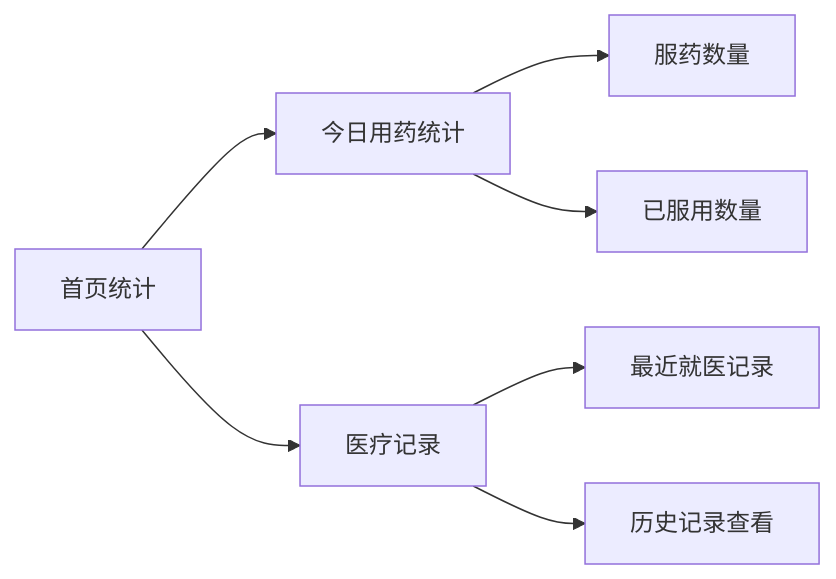
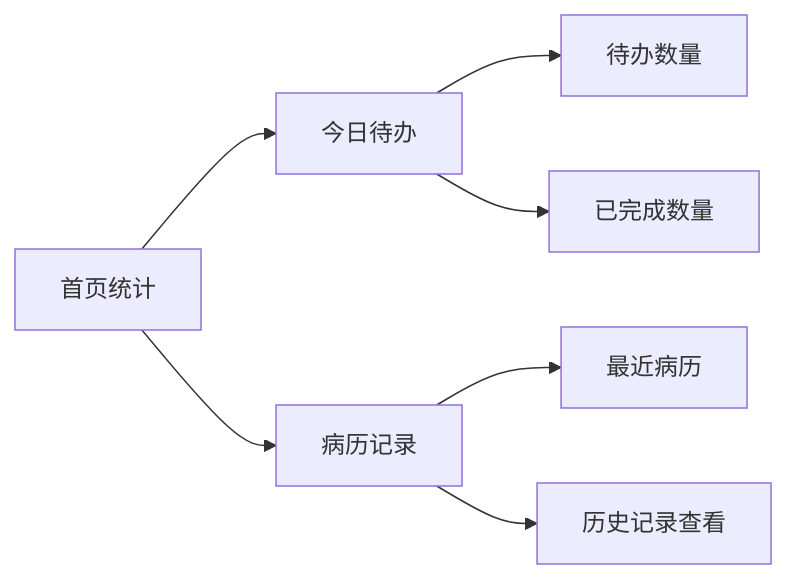
One commit to adra2n/medtrace changed the third of 5 diagrams in DESIGN.md. Above: the diagram before and after it, drawn with Mermaid. The commit also changed other lines of this file and 11 other files, not shown here.

````diff
--- a/DESIGN.md
+++ b/DESIGN.md
@@ -177,17 +175,9 @@
 ```mermaid
-
 graph LR
-
-A[首页统计] --> B[今日用药统计]
-
-B --> C[服药数量]
-
-B --> D[已服用数量]
-
-A --> E[医疗记录]
-
-E --> F[最近就医记录]
-
-E --> G[历史记录查看]
-
+    A[首页统计] --> B[今日待办]
+    B --> C[待办数量]
+    B --> D[已完成数量]
+    A --> E[病历记录]
+    E --> F[最近病历]
+    E --> G[历史记录查看]
 ```
````
